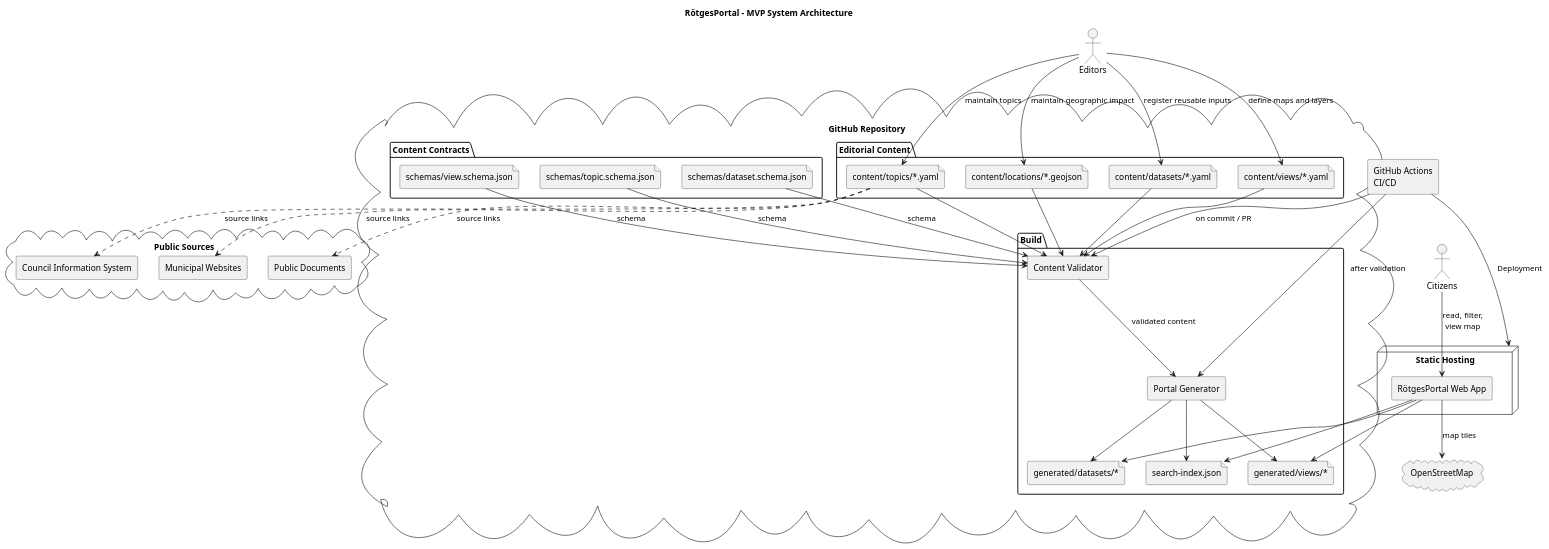
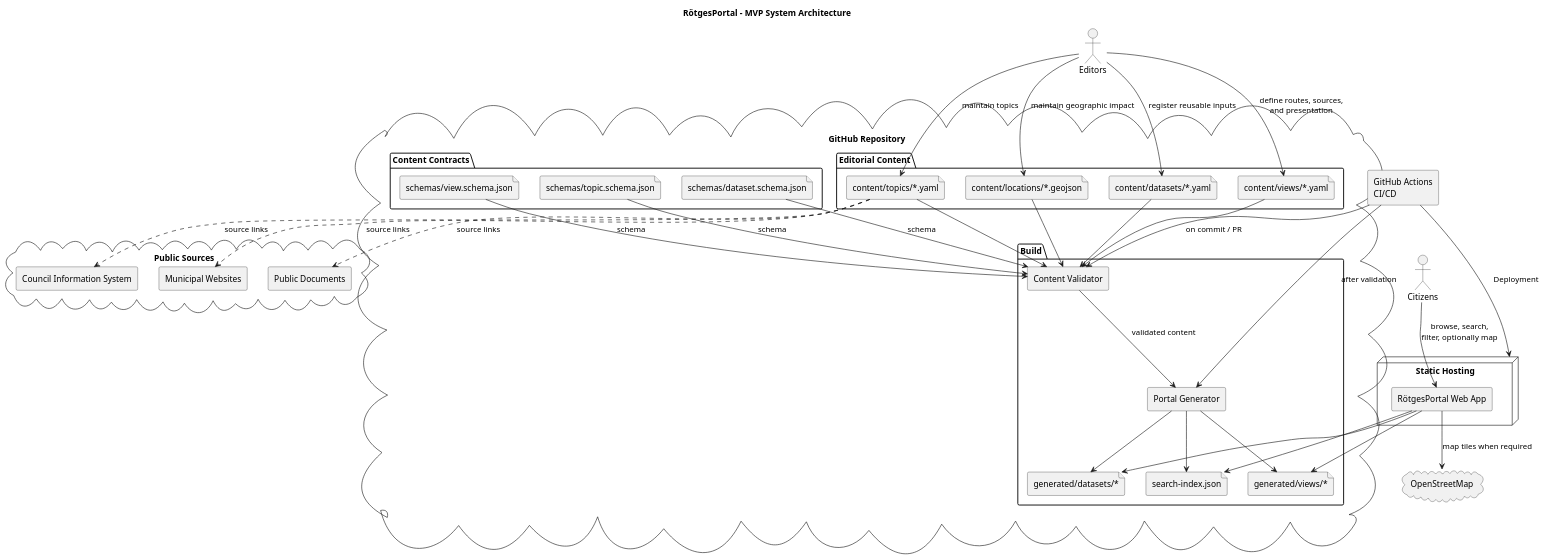
The diagram in docs/architecture/system-architecture.puml (codeWithDEI/RoetgesPortal), drawn with PlantUML before and after one commit. The commit also changed 30 other files, not shown here.

```diff
--- a/docs/architecture/system-architecture.puml
+++ b/docs/architecture/system-architecture.puml
@@ -1,77 +1,77 @@
 @startuml
 title RötgesPortal – MVP System Architecture
 
 skinparam componentStyle rectangle
 skinparam shadowing false
 
 actor "Editors" as Editor
 actor "Citizens" as Citizen
 
 cloud "GitHub Repository" {
   folder "Editorial Content" {
     file "content/topics/*.yaml" as Topics
     file "content/locations/*.geojson" as Locations
     file "content/datasets/*.yaml" as Datasets
     file "content/views/*.yaml" as Views
   }
 
   folder "Content Contracts" {
     file "schemas/topic.schema.json" as TopicSchema
     file "schemas/dataset.schema.json" as DatasetSchema
     file "schemas/view.schema.json" as ViewSchema
   }
 
   folder "Build" {
     component "Content Validator" as Validator
     component "Portal Generator" as Generator
     file "generated/datasets/*" as GeneratedDatasets
     file "generated/views/*" as GeneratedViews
     file "search-index.json" as SearchIndex
   }
 }
 
 component "GitHub Actions\nCI/CD" as Pipeline
 
 node "Static Hosting" as Hosting {
   component "RötgesPortal Web App" as Portal
 }
 
 cloud "OpenStreetMap" as OSM
 cloud "Public Sources" as Sources {
   component "Council Information System" as RIS
   component "Municipal Websites" as Municipality
   component "Public Documents" as Documents
 }
 
 Editor --> Topics : maintain topics
 Editor --> Locations : maintain geographic impact
 Editor --> Datasets : register reusable inputs
-Editor --> Views : define maps and layers
+Editor --> Views : define routes, sources,\nand presentation
 
 Topics --> Validator
 Locations --> Validator
 Datasets --> Validator
 Views --> Validator
 TopicSchema --> Validator : schema
 DatasetSchema --> Validator : schema
 ViewSchema --> Validator : schema
 Validator --> Generator : validated content
 Generator --> GeneratedDatasets
 Generator --> GeneratedViews
 Generator --> SearchIndex
 
 Pipeline --> Validator : on commit / PR
 Pipeline --> Generator : after validation
 Pipeline --> Hosting : Deployment
 
-Citizen --> Portal : read, filter,\nview map
+Citizen --> Portal : browse, search,\nfilter, optionally map
 Portal --> GeneratedDatasets
 Portal --> GeneratedViews
 Portal --> SearchIndex
-Portal --> OSM : map tiles
+Portal --> OSM : map tiles when required
 
 Topics ..> RIS : source links
 Topics ..> Municipality : source links
 Topics ..> Documents : source links
 
 @enduml
```
